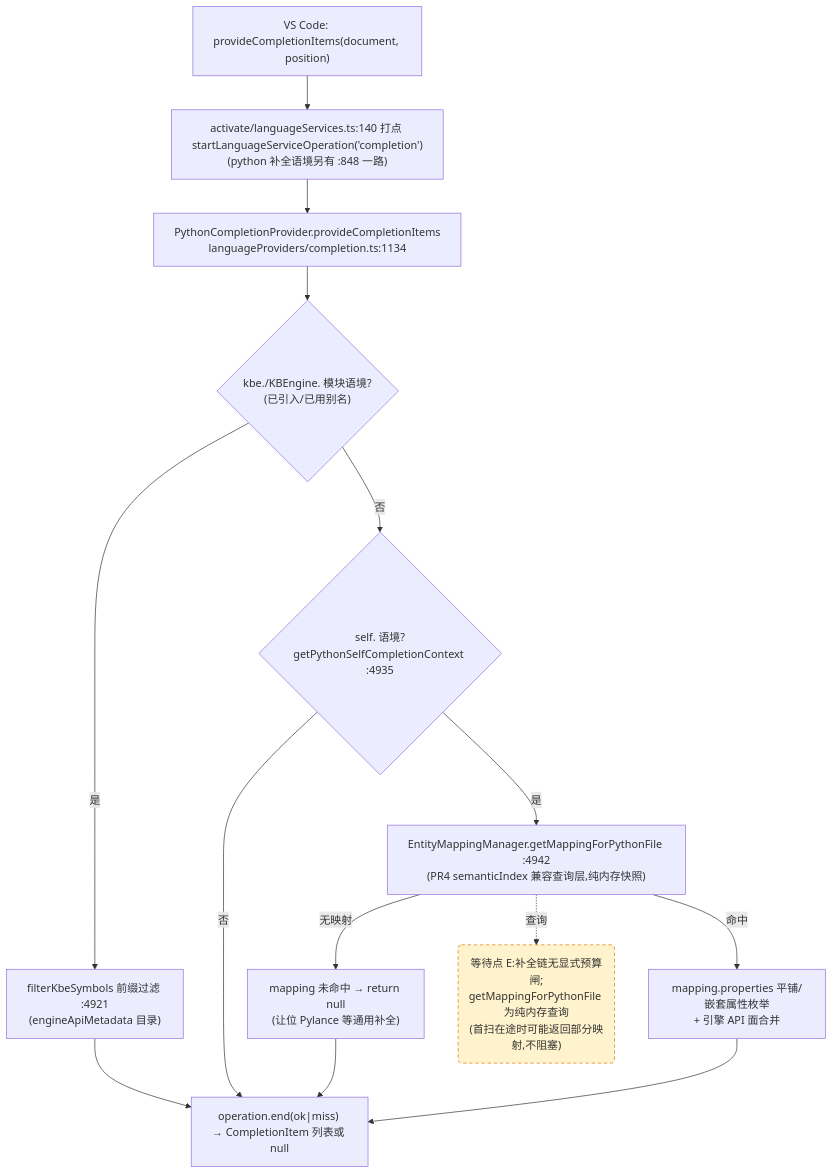
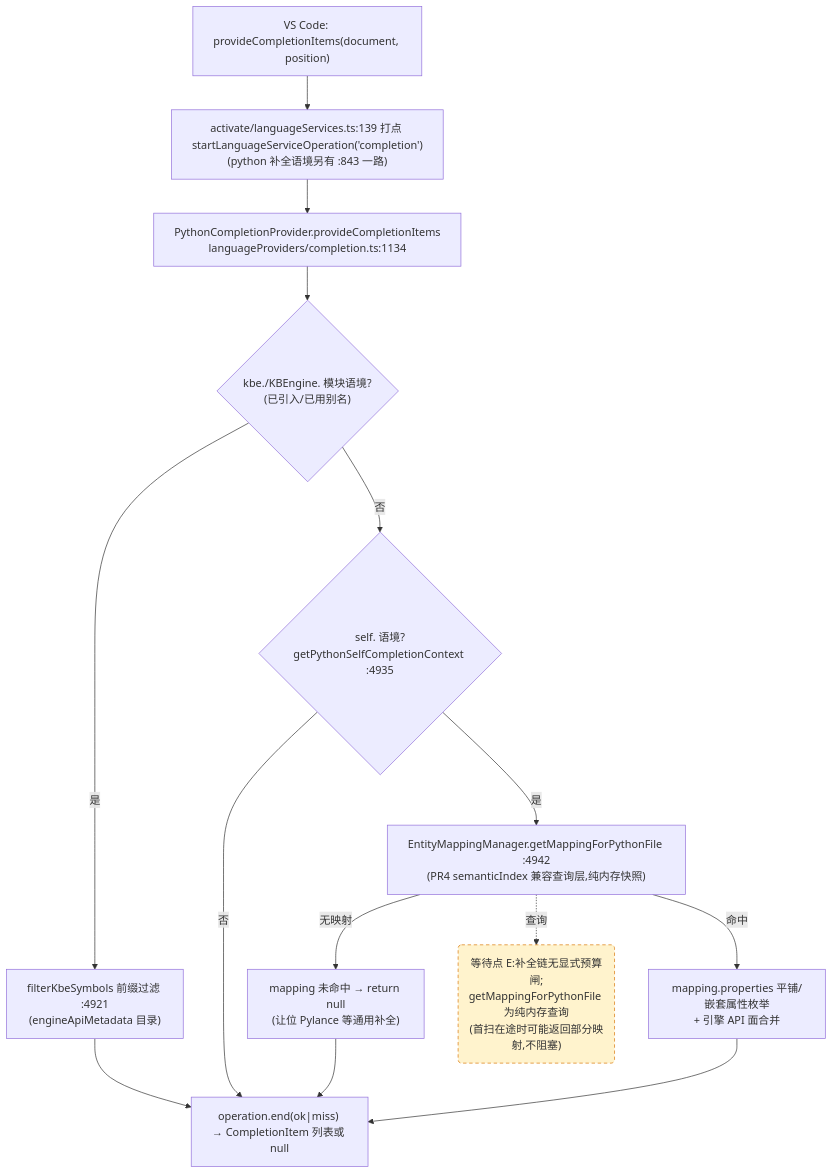
Before and after one commit to cuihairu/kode: the third of 4 diagrams in docs/perf/2026-baseline.md, drawn with Mermaid. The commit also changed other lines of this file and 9 other files, not shown here.

````diff
--- a/docs/perf/2026-baseline.md
+++ b/docs/perf/2026-baseline.md
@@ -202,27 +202,27 @@
 ```mermaid
 flowchart TD
   VC3["VS Code: provideCompletionItems(document, position)"]
-  M3["activate/languageServices.ts:140 打点 startLanguageServiceOperation('completion')<br/>(python 补全语境另有 :848 一路)"]
+  M3["activate/languageServices.ts:139 打点 startLanguageServiceOperation('completion')<br/>(python 补全语境另有 :843 一路)"]
   CP["PythonCompletionProvider.provideCompletionItems<br/>languageProviders/completion.ts:1134"]
   KBEC{"kbe./KBEngine. 模块语境?<br/>(已引入/已用别名)"}
   FILTER["filterKbeSymbols 前缀过滤 :4921<br/>(engineApiMetadata 目录)"]
   SELFC{"self. 语境?<br/>getPythonSelfCompletionContext :4935"}
   MAP["EntityMappingManager.getMappingForPythonFile :4942<br/>(PR4 semanticIndex 兼容查询层,纯内存快照)"]
   NOMAP["mapping 未命中 → return null<br/>(让位 Pylance 等通用补全)"]
   PROPS["mapping.properties 平铺/嵌套属性枚举<br/>+ 引擎 API 面合并"]
   END3["operation.end(ok|miss) → CompletionItem 列表或 null"]
 
   VC3 --> M3 --> CP --> KBEC
   KBEC -- "是" --> FILTER --> END3
   KBEC -- "否" --> SELFC
   SELFC -- "否" --> END3
   SELFC -- "是" --> MAP
   MAP -- "无映射" --> NOMAP --> END3
   MAP -- "命中" --> PROPS --> END3
 
   WAITE("等待点 E:补全链无显式预算闸;<br/>getMappingForPythonFile 为纯内存查询<br/>(首扫在途时可能返回部分映射,不阻塞)")
   MAP -.->|查询| WAITE
 
   classDef waitPoint fill:#fff3cd,stroke:#d97706,stroke-dasharray:5 4;
   class WAITE waitPoint;
 ```
````
